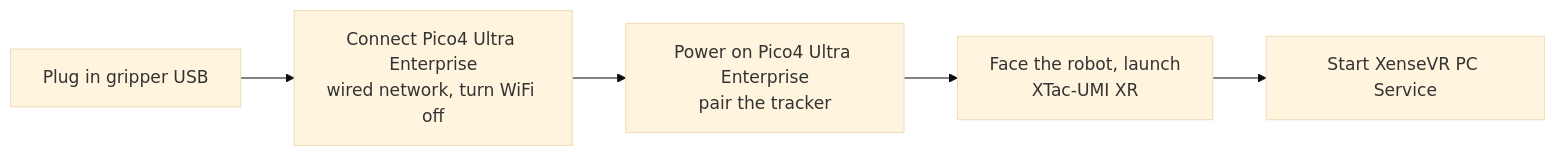
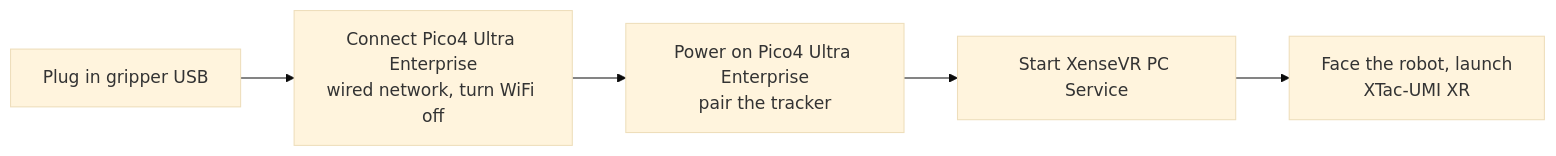
Before and after one commit to Vertax42/taccap-gripper-docs: the diagram in docs/quickstart.en.md, drawn with Mermaid (base theme). The commit also changed other lines of this file and 3 other files, not shown here.

First line of the commit message:
docs: start the PC service before opening the app, not after

````diff
--- a/docs/quickstart.en.md
+++ b/docs/quickstart.en.md
@@ -30,4 +30,4 @@
 ```mermaid
 flowchart LR
-    A[Plug in gripper USB] --> N[Connect Pico4 Ultra Enterprise<br/>wired network, turn WiFi off] --> B[Power on Pico4 Ultra Enterprise<br/>pair the tracker] --> C[Face the robot, launch<br/>XTac-UMI XR] --> D[Start XenseVR PC Service]
+    A[Plug in gripper USB] --> N[Connect Pico4 Ultra Enterprise<br/>wired network, turn WiFi off] --> B[Power on Pico4 Ultra Enterprise<br/>pair the tracker] --> D[Start XenseVR PC Service] --> C[Face the robot, launch<br/>XTac-UMI XR]
 ```
````
